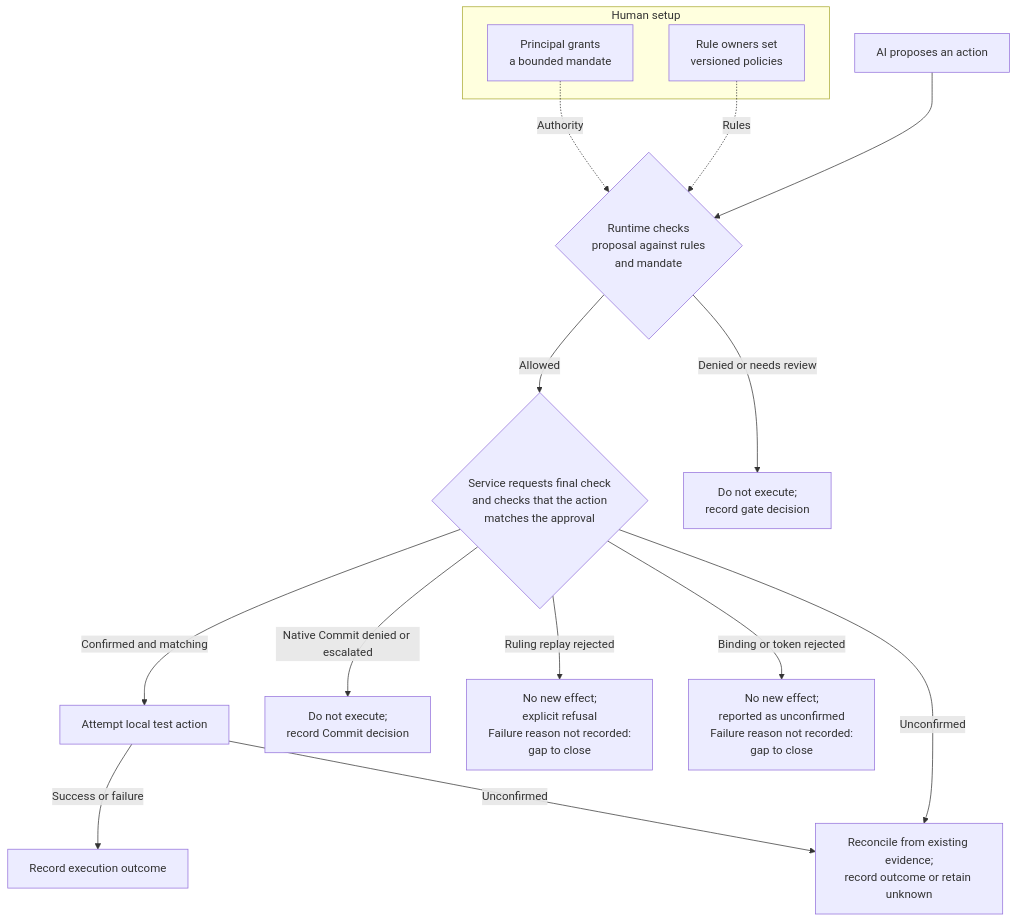
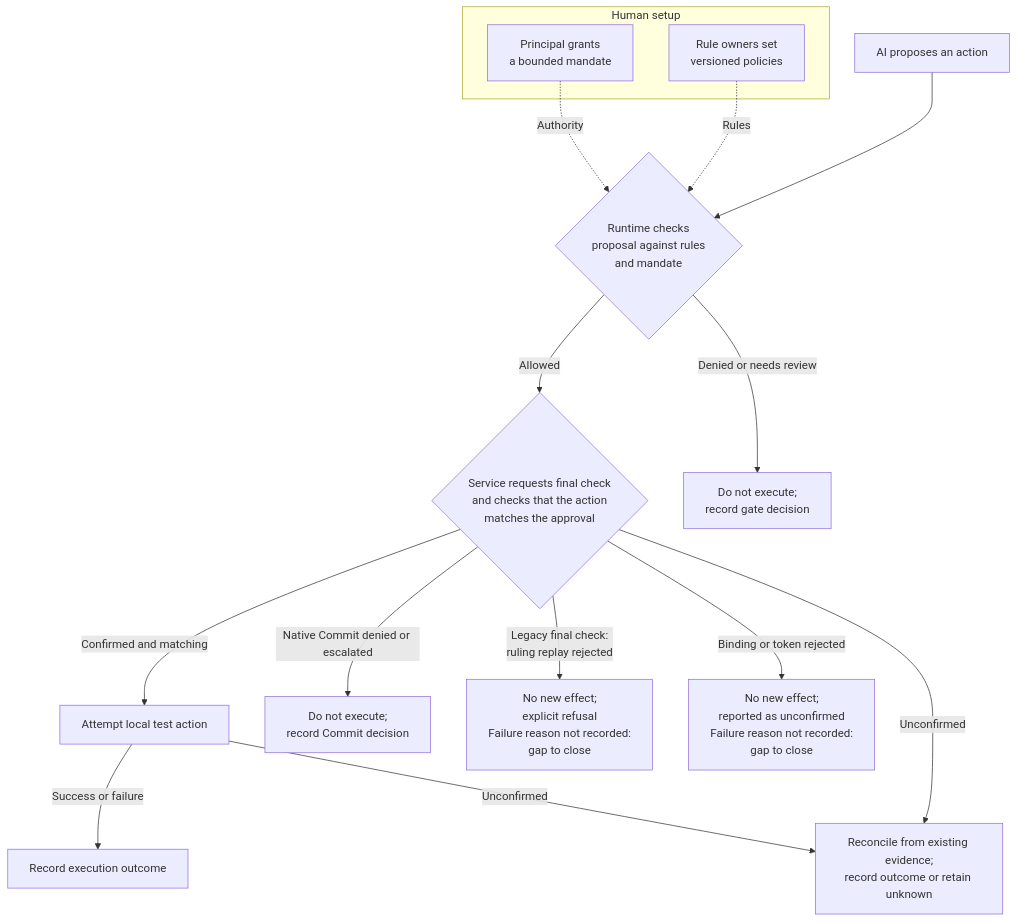
One commit to robertschaub/our-ai-charter changed the first of 2 diagrams in docs/Assurance/Concepts/evidence-gated-agents.md. Above: the diagram before and after it, drawn with Mermaid. The commit also changed other lines of this file and 1 other file, not shown here.

Commit message:
docs(ega): distinguish legacy final-check gaps

````diff
--- a/docs/Assurance/Concepts/evidence-gated-agents.md
+++ b/docs/Assurance/Concepts/evidence-gated-agents.md
@@ -54,19 +54,19 @@
 ```mermaid
 flowchart TD
     subgraph I["Human setup"]
         M["Principal grants<br/>a bounded mandate"]
         P["Rule owners set<br/>versioned policies"]
     end
     M -. Authority .-> G
     P -. Rules .-> G
     A["AI proposes an action"] --> G{"Runtime checks<br/>proposal against rules<br/>and mandate"}
     G -->|Allowed| S{"Service requests final check<br/>and checks that the action<br/>matches the approval"}
     S -->|Confirmed and matching| O["Attempt local test action"]
     G -->|Denied or needs review| N["Do not execute;<br/>record gate decision"]
     S -->|Native Commit denied or escalated| C["Do not execute;<br/>record Commit decision"]
-    S -->|Ruling replay rejected| RP["No new effect;<br/>explicit refusal<br/>Failure reason not recorded:<br/>gap to close"]
+    S -->|Legacy final check:<br/>ruling replay rejected| RP["No new effect;<br/>explicit refusal<br/>Failure reason not recorded:<br/>gap to close"]
     S -->|Binding or token rejected| X["No new effect;<br/>reported as unconfirmed<br/>Failure reason not recorded:<br/>gap to close"]
     O -->|Success or failure| R["Record execution outcome"]
     O -->|Unconfirmed| U["Reconcile from existing evidence;<br/>record outcome or retain unknown"]
     S -->|Unconfirmed| U
 ```
````
